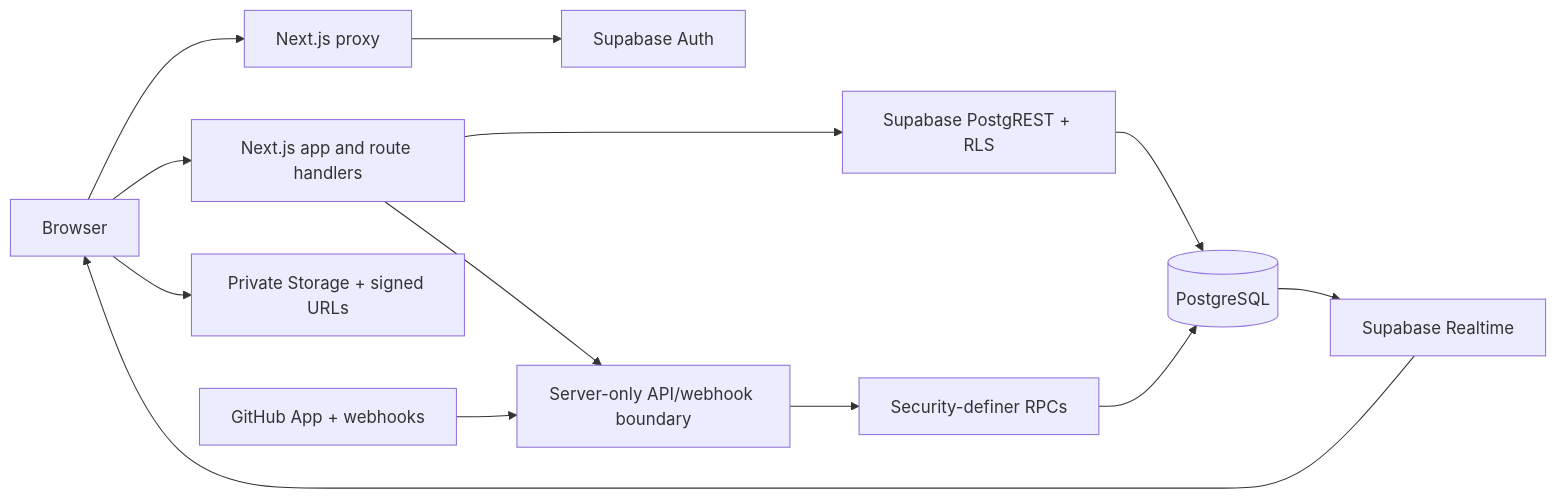
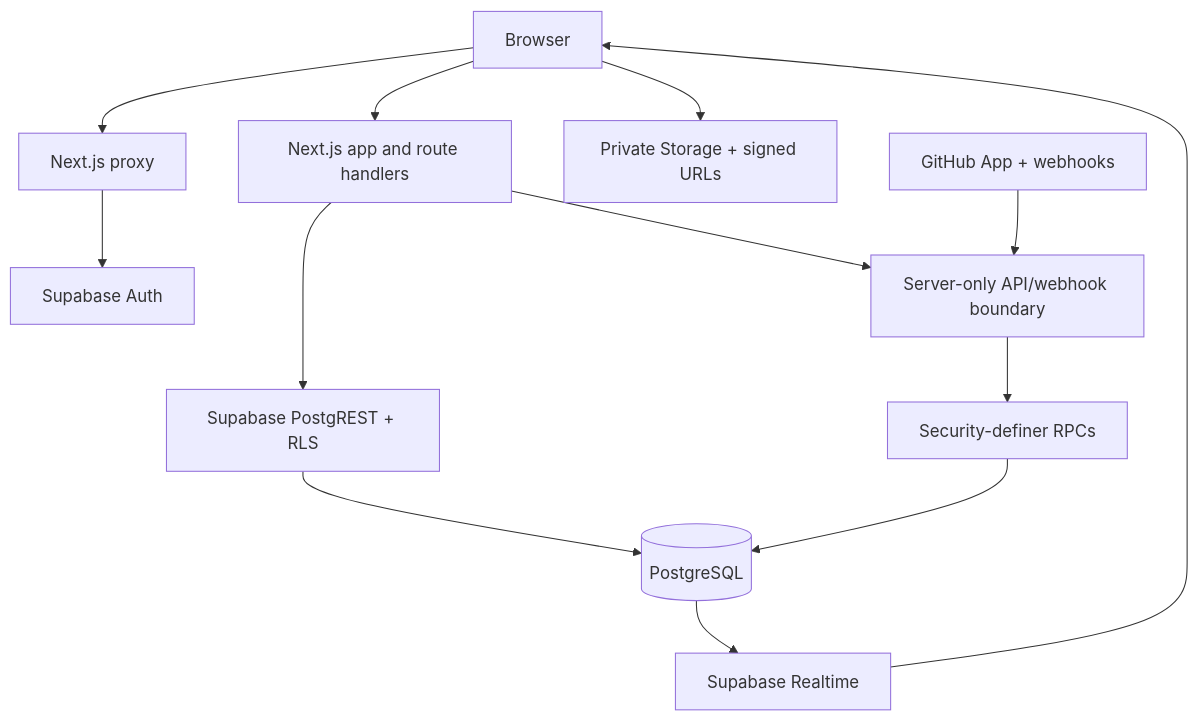
One commit to ExistedYear/TraceBox changed the diagram in README.md. Above: the diagram before and after it, drawn with Mermaid.

````diff
--- a/README.md
+++ b/README.md
@@ -133,15 +133,15 @@
 ```mermaid
-flowchart LR
+flowchart TD
   Browser[Browser] --> Proxy[Next.js proxy]
   Proxy --> Auth[Supabase Auth]
   Browser --> App[Next.js app and route handlers]
   App --> RLS[Supabase PostgREST + RLS]
   App --> Server[Server-only API/webhook boundary]
   Server --> RPC[Security-definer RPCs]
   RLS --> DB[(PostgreSQL)]
   RPC --> DB
   Browser --> Storage[Private Storage + signed URLs]
   DB --> Realtime[Supabase Realtime]
   Realtime --> Browser
   GitHub[GitHub App + webhooks] --> Server
 ```
````
